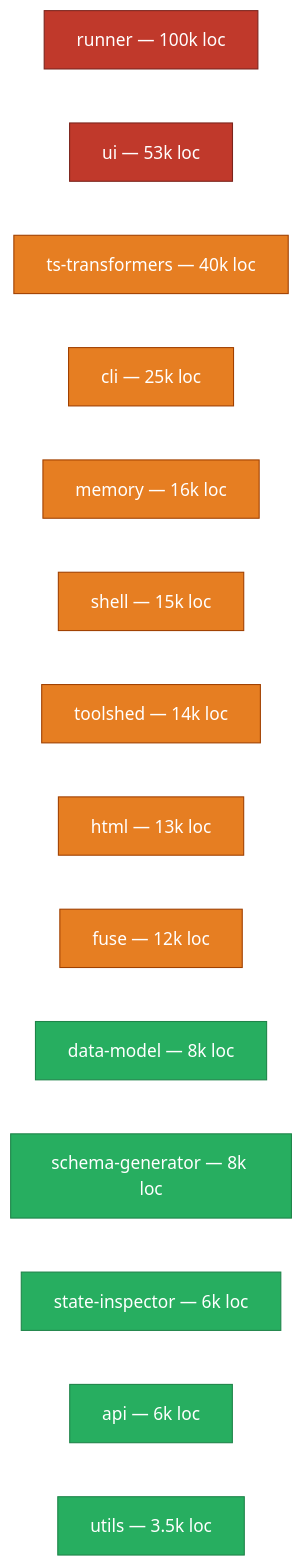
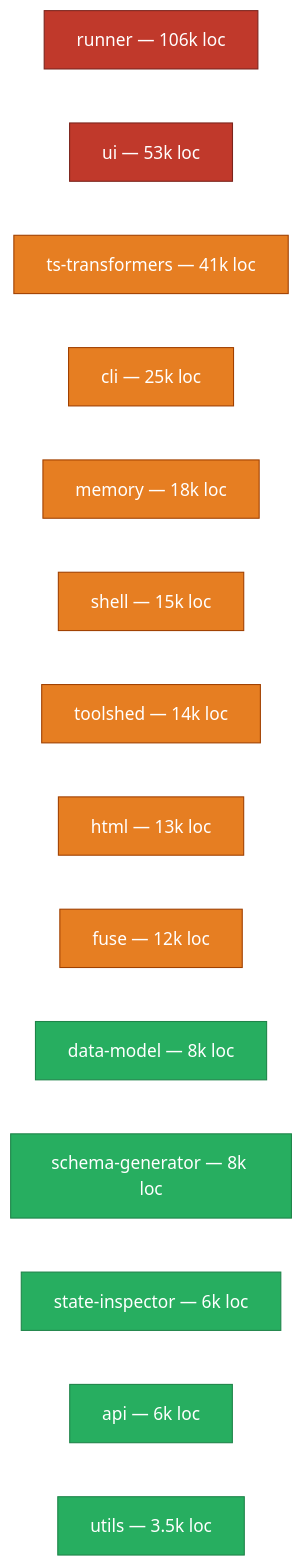
Before and after one commit to commontoolsinc/labs: the second of 4 diagrams in docs/development/orientation/README.md, drawn with Mermaid. The commit also changed other lines of this file and 4 other files, not shown here.

````diff
--- a/docs/development/orientation/README.md
+++ b/docs/development/orientation/README.md
@@ -137,21 +137,21 @@
 ```mermaid
 %%{init: {'theme':'neutral'}}%%
 graph LR
     classDef big fill:#c0392b,stroke:#7b241c,color:#fff
     classDef mid fill:#e67e22,stroke:#a04000,color:#fff
     classDef small fill:#27ae60,stroke:#1e8449,color:#fff
-    R["runner — 100k loc"]:::big
+    R["runner — 106k loc"]:::big
     U["ui — 53k loc"]:::big
-    T["ts-transformers — 40k loc"]:::mid
+    T["ts-transformers — 41k loc"]:::mid
     C["cli — 25k loc"]:::mid
-    M["memory — 16k loc"]:::mid
+    M["memory — 18k loc"]:::mid
     SH["shell — 15k loc"]:::mid
     TS["toolshed — 14k loc"]:::mid
     H["html — 13k loc"]:::mid
     F["fuse — 12k loc"]:::mid
     DM["data-model — 8k loc"]:::small
     SG["schema-generator — 8k loc"]:::small
     SI["state-inspector — 6k loc"]:::small
     API["api — 6k loc"]:::small
     UT["utils — 3.5k loc"]:::small
 ```
````
